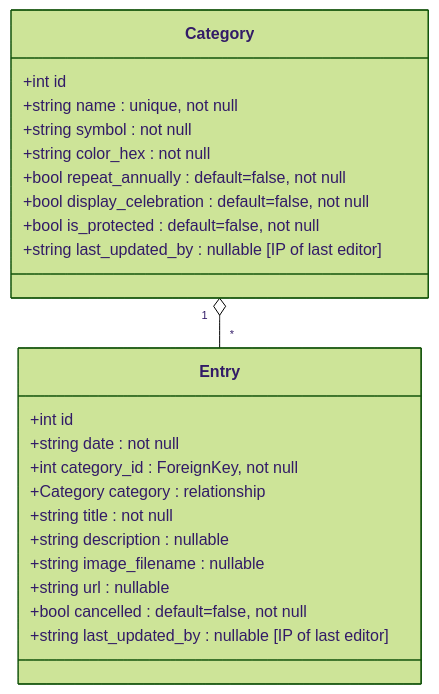
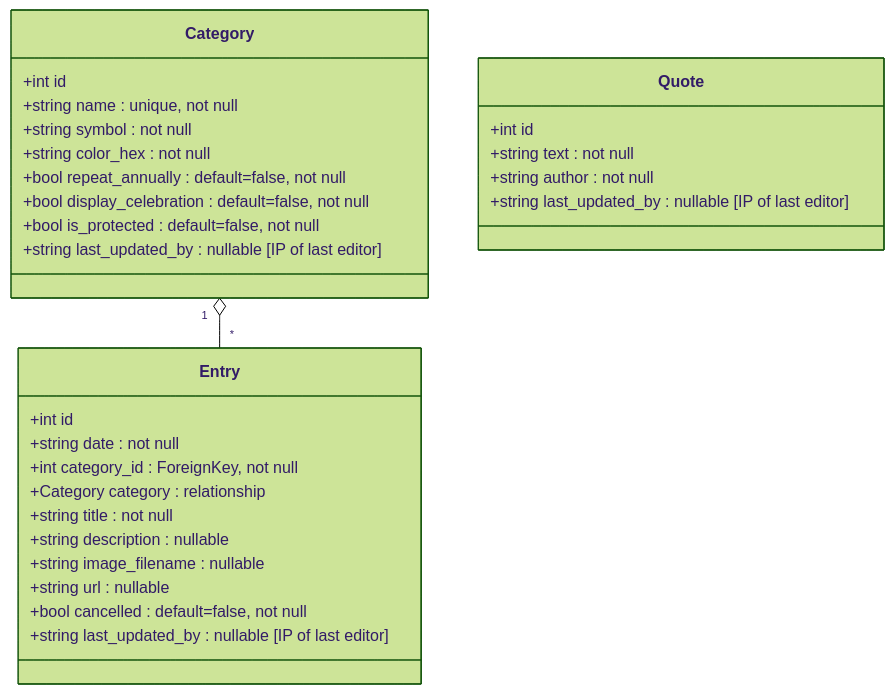
Before and after one commit to whustedt/calendarium: the diagram in README.md, drawn with Mermaid (forest theme). The commit also changed other lines of this file and 12 other files, not shown here.

````diff
--- a/README.md
+++ b/README.md
@@ -133,28 +171,35 @@
 ```mermaid
 classDiagram
     class Category {
         +int id
         +string name : unique, not null
         +string symbol : not null
         +string color_hex : not null
         +bool repeat_annually : default=false, not null
         +bool display_celebration : default=false, not null
         +bool is_protected : default=false, not null
         +string last_updated_by : nullable [IP of last editor]
     }
 
     class Entry {
         +int id
         +string date : not null
         +int category_id : ForeignKey, not null
         +Category category : relationship
         +string title : not null
         +string description : nullable
         +string image_filename : nullable
         +string url : nullable
         +bool cancelled : default=false, not null
         +string last_updated_by : nullable [IP of last editor]
     }
 
+    class Quote {
+        +int id
+        +string text : not null
+        +string author : not null
+        +string last_updated_by : nullable [IP of last editor]
+    }
+
     Category "1" o-- "*" Entry
 ```
````
